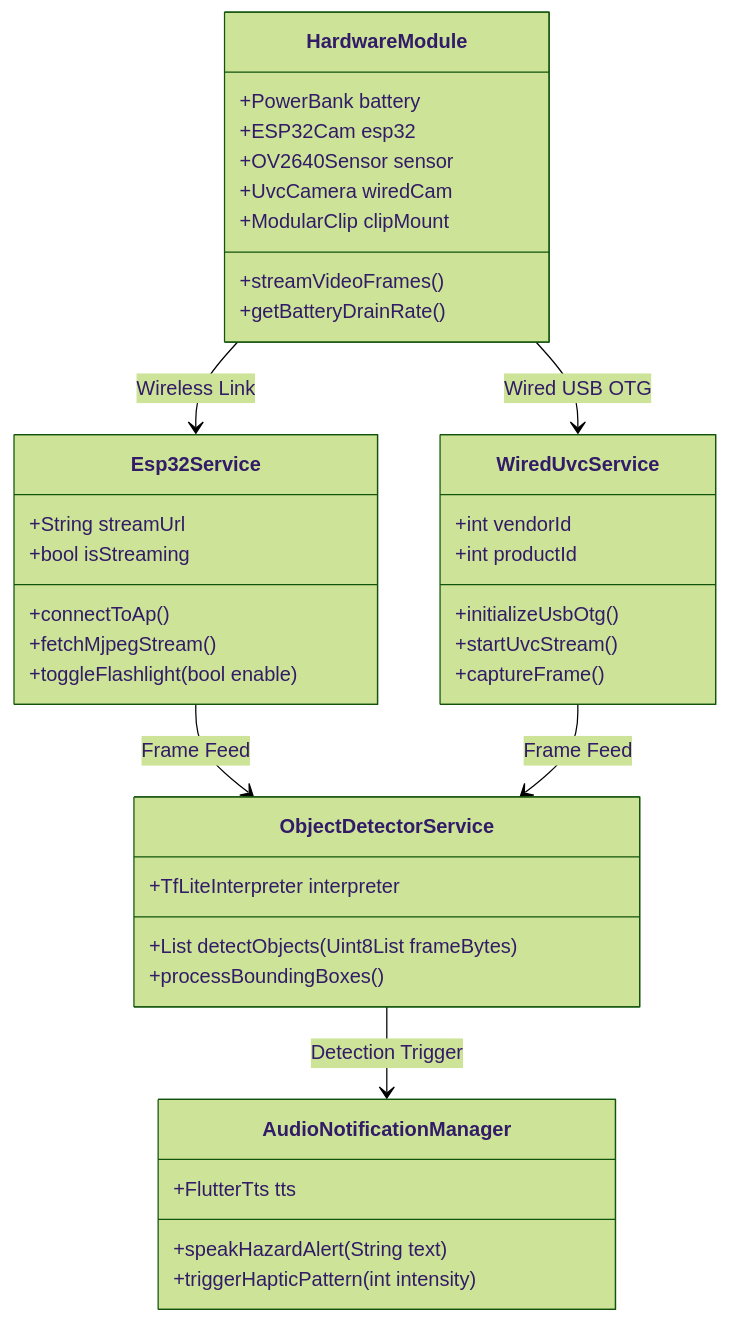
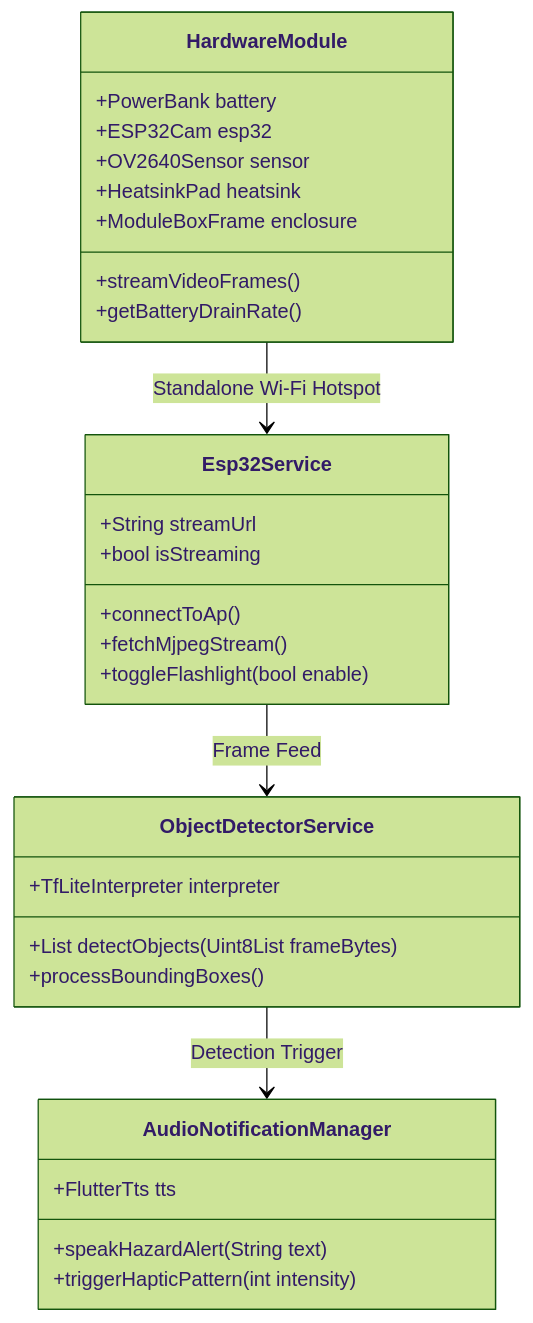
The third of 6 diagrams in docs/system_architecture/system_architecture_and_uml.md (Thes-IS-IT/Easylens), drawn with Mermaid (forest theme) before and after one commit. The commit also changed other lines of this file and 2 other files, not shown here.

Commit message:
docs: simplify conceptual framework to match Eraser.io IPO model, remove Wired UVC/USB-OTG, and update LLM models to Gemma-IT 2B & Gemini 3.6 Flash (Low)

````diff
--- a/docs/system_architecture/system_architecture_and_uml.md
+++ b/docs/system_architecture/system_architecture_and_uml.md
@@ -117,46 +114,36 @@
 ```mermaid
 classDiagram
     class HardwareModule {
         +PowerBank battery
         +ESP32Cam esp32
         +OV2640Sensor sensor
-        +UvcCamera wiredCam
-        +ModularClip clipMount
+        +HeatsinkPad heatsink
+        +ModuleBoxFrame enclosure
         +streamVideoFrames()
         +getBatteryDrainRate()
     }
 
     class Esp32Service {
         +String streamUrl
         +bool isStreaming
         +connectToAp()
         +fetchMjpegStream()
         +toggleFlashlight(bool enable)
-    }
-
-    class WiredUvcService {
-        +int vendorId
-        +int productId
-        +initializeUsbOtg()
-        +startUvcStream()
-        +captureFrame()
     }
 
     class ObjectDetectorService {
         +TfLiteInterpreter interpreter
         +List detectObjects(Uint8List frameBytes)
         +processBoundingBoxes()
     }
 
     class AudioNotificationManager {
         +FlutterTts tts
         +speakHazardAlert(String text)
         +triggerHapticPattern(int intensity)
     }
 
-    HardwareModule --> Esp32Service : Wireless Link
-    HardwareModule --> WiredUvcService : Wired USB OTG
+    HardwareModule --> Esp32Service : Standalone Wi-Fi Hotspot
     Esp32Service --> ObjectDetectorService : Frame Feed
-    WiredUvcService --> ObjectDetectorService : Frame Feed
     ObjectDetectorService --> AudioNotificationManager : Detection Trigger
 ```
````
